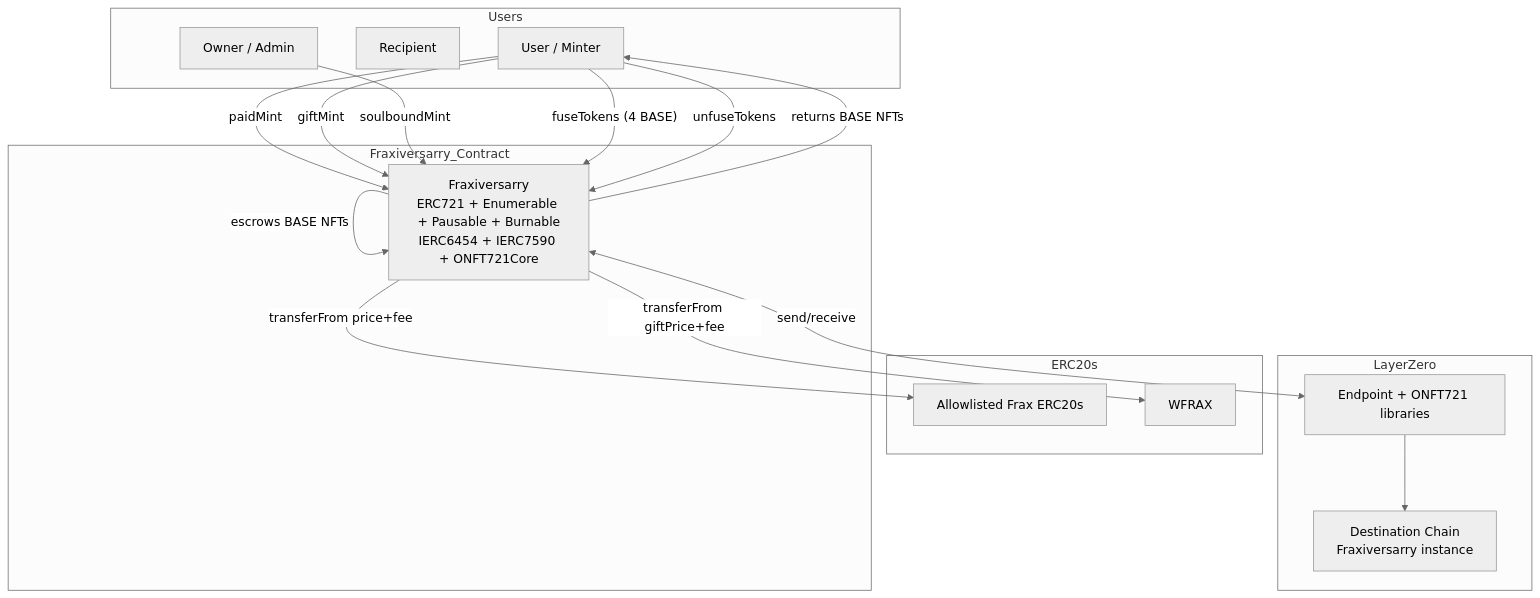
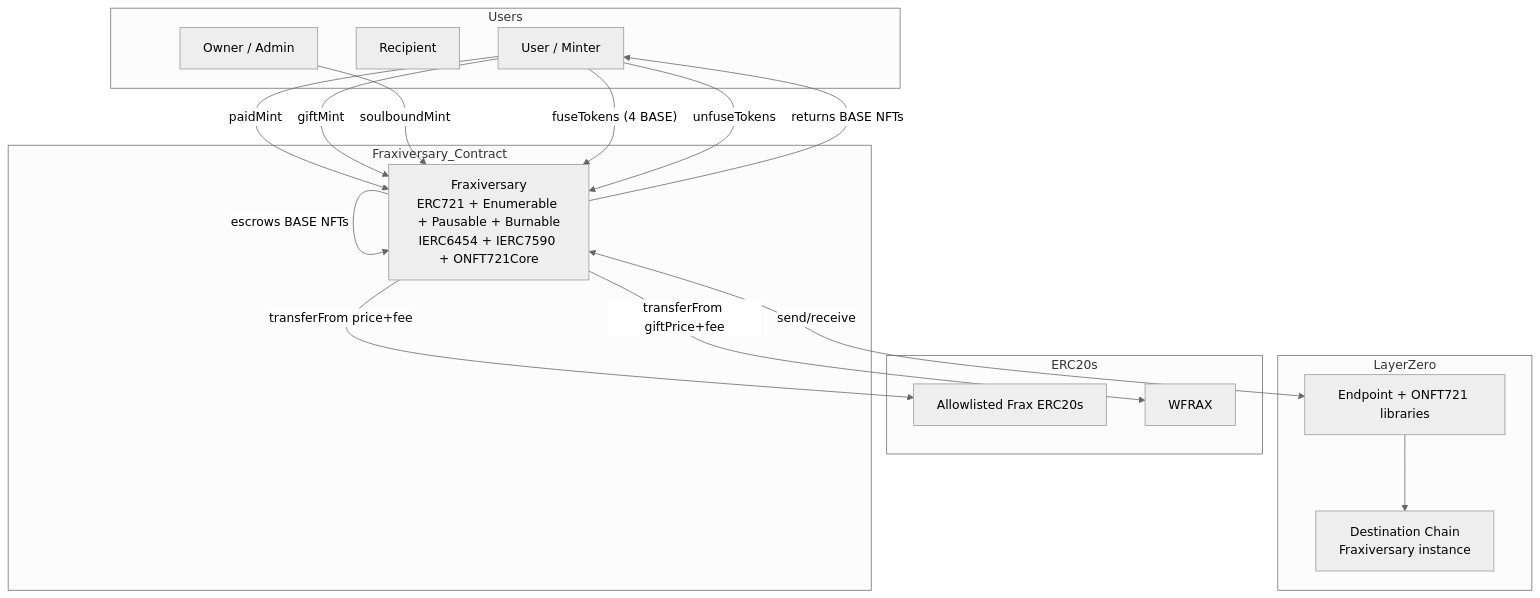
Before and after one commit to ThunderDeliverer/Fraxiversarry: the first of 7 diagrams in README.md, drawn with Mermaid (neutral theme). The commit also changed other lines of this file and 17 other files, not shown here.

Commit message:
Renamed Fraxiversarry to Fraxiversary (#13)

````diff
--- a/README.md
+++ b/README.md
@@ -49,41 +49,41 @@
 ```mermaid
 flowchart TB
   subgraph Users
     U1[User / Minter]
     U2[Recipient]
     O[Owner / Admin]
   end
 
-  subgraph Fraxiversarry_Contract
-    C["Fraxiversarry
+  subgraph Fraxiversary_Contract
+    C["Fraxiversary
 ERC721 + Enumerable + Pausable + Burnable
 IERC6454 + IERC7590 + ONFT721Core"]
   end
 
   subgraph ERC20s
     E1[Allowlisted Frax ERC20s]
     E2[WFRAX]
   end
 
   subgraph LayerZero
     LZ[Endpoint + ONFT721 libraries]
     D["Destination Chain
-Fraxiversarry instance"]
+Fraxiversary instance"]
   end
 
   U1 -->|paidMint| C
   U1 -->|giftMint| C
   O -->|soulboundMint| C
 
   C -->|transferFrom price+fee| E1
   C -->|transferFrom giftPrice+fee| E2
   C -->|records internal balances| C
 
   U1 -->|"fuseTokens (4 BASE)"| C
   C -->|escrows BASE NFTs| C
   U1 -->|unfuseTokens| C
   C -->|returns BASE NFTs| U1
 
   C <-->|send/receive| LZ
   LZ --> D
 ```
````
